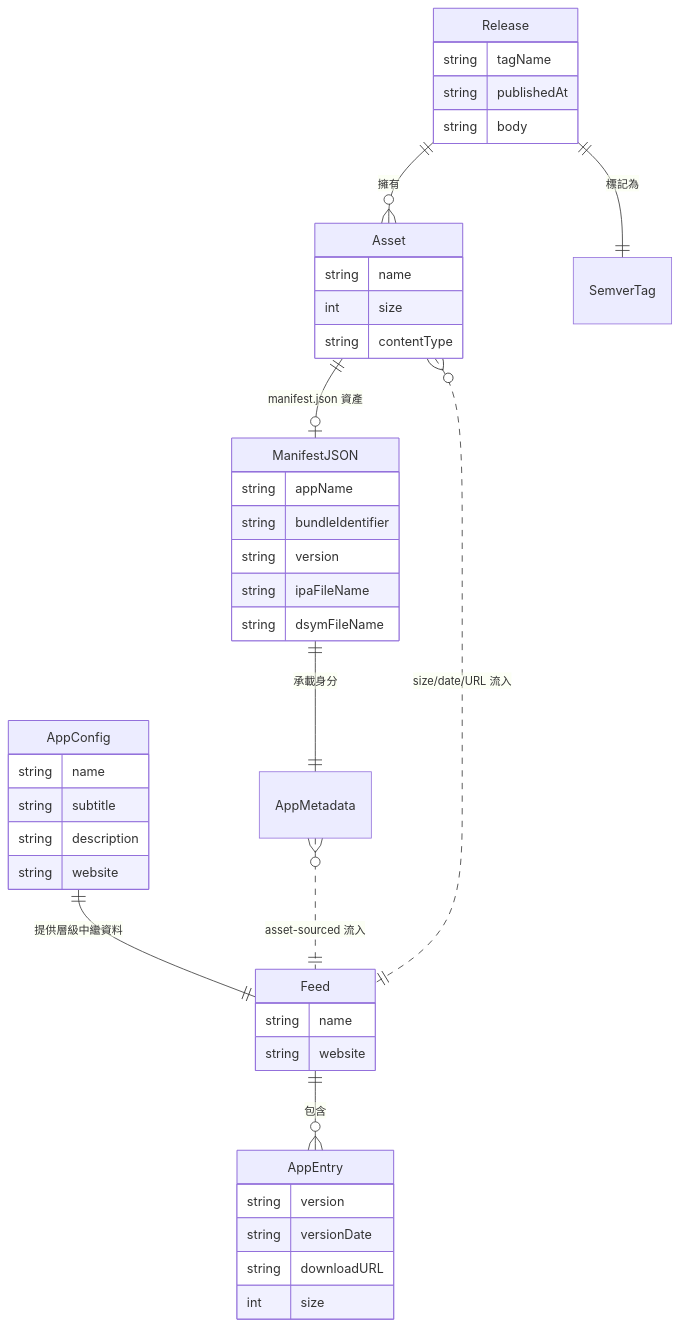
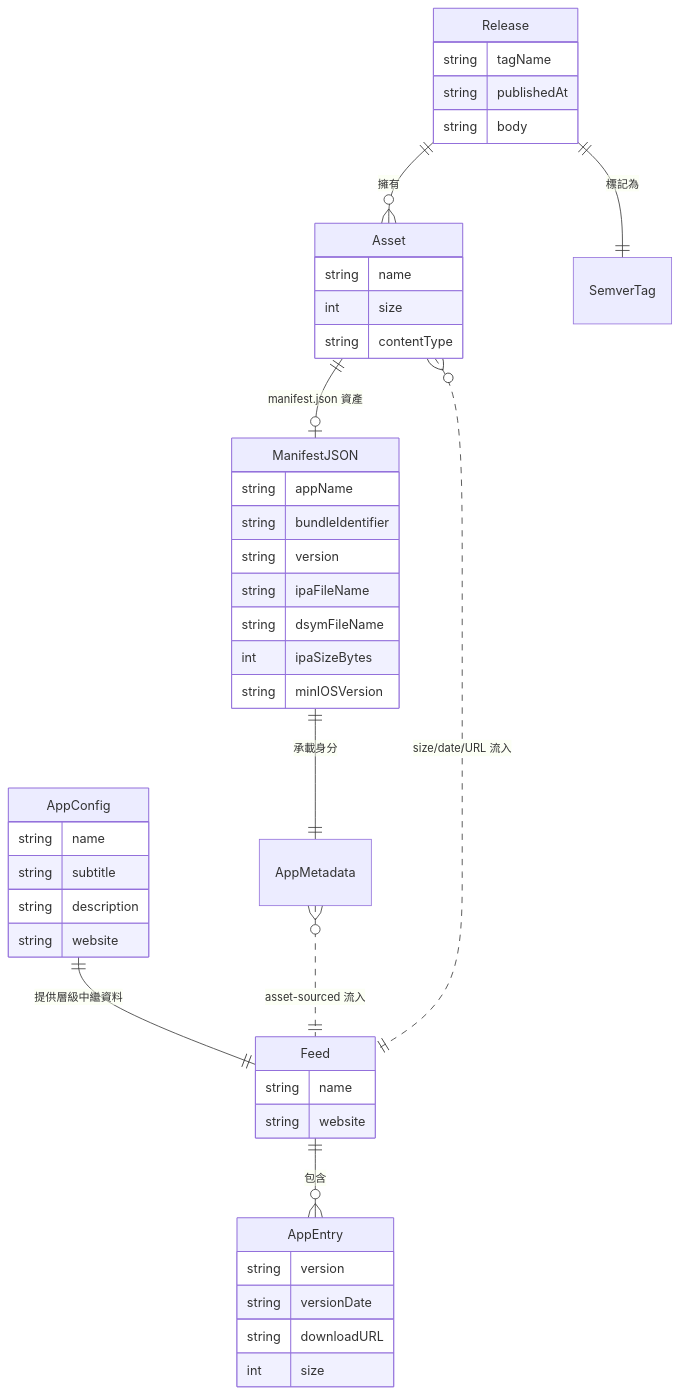
One commit to Mcc-Mak/ios-app changed the diagram in docbase/erd.md. Above: the diagram before and after it, drawn with Mermaid. The commit also changed 37 other files, not shown here.

````diff
--- a/docbase/erd.md
+++ b/docbase/erd.md
@@ -7,44 +7,46 @@
 ```mermaid
 erDiagram
   Release ||--o{ Asset : 擁有
   Release ||--|| SemverTag : 標記為
   Asset ||--o| ManifestJSON : "manifest.json 資產"
   ManifestJSON ||--|| AppMetadata : 承載身分
   AppConfig ||--|| Feed : 提供層級中繼資料
   Feed ||--o{ AppEntry : 包含
   AppMetadata }o..|| Feed : "asset-sourced 流入"
   Asset }o..|| Feed : "size/date/URL 流入"
   Release {
     string tagName
     string publishedAt
     string body
   }
   Asset {
     string name
     int size
     string contentType
   }
   ManifestJSON {
     string appName
     string bundleIdentifier
     string version
     string ipaFileName
     string dsymFileName
+    int ipaSizeBytes
+    string minIOSVersion
   }
   AppConfig {
     string name
     string subtitle
     string description
     string website
   }
   Feed {
     string name
     string website
   }
   AppEntry {
     string version
     string versionDate
     string downloadURL
     int size
   }
 ```
````
